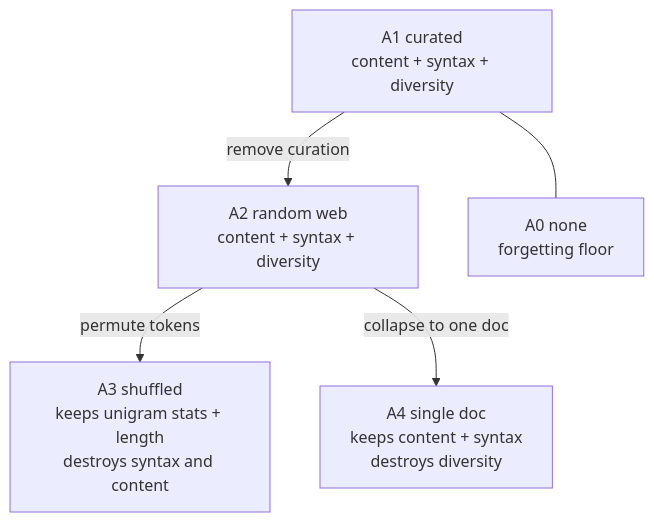
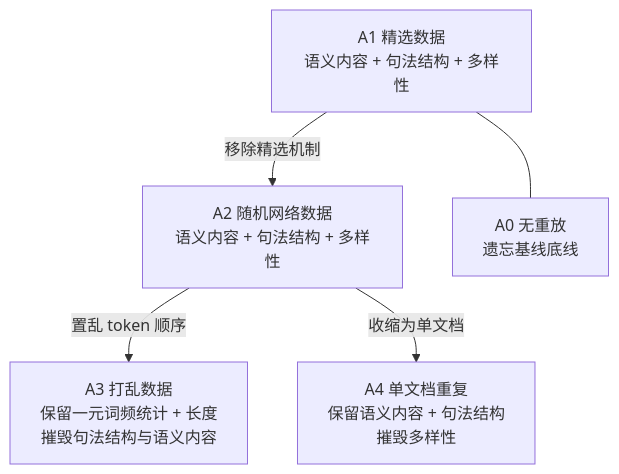
The second of 4 diagrams in Windows7/Idea_03/diagrams/architecture.md (songkang688/idea), drawn with Mermaid before and after one commit. The commit also changed other lines of this file and 74 other files, not shown here.

````diff
--- a/Windows7/Idea_03/diagrams/architecture.md
+++ b/Windows7/Idea_03/diagrams/architecture.md
@@ -41,7 +38,7 @@
 ```mermaid
 flowchart TD
-    A1["A1 curated<br/>content + syntax + diversity"] -->|"remove curation"| A2["A2 random web<br/>content + syntax + diversity"]
-    A2 -->|"permute tokens"| A3["A3 shuffled<br/>keeps unigram stats + length<br/>destroys syntax and content"]
-    A2 -->|"collapse to one doc"| A4["A4 single doc<br/>keeps content + syntax<br/>destroys diversity"]
-    A1 --- A0["A0 none<br/>forgetting floor"]
+    A1["A1 精选数据<br/>语义内容 + 句法结构 + 多样性"] -->|"移除精选机制"| A2["A2 随机网络数据<br/>语义内容 + 句法结构 + 多样性"]
+    A2 -->|"置乱 token 顺序"| A3["A3 打乱数据<br/>保留一元词频统计 + 长度<br/>摧毁句法结构与语义内容"]
+    A2 -->|"收缩为单文档"| A4["A4 单文档重复<br/>保留语义内容 + 句法结构<br/>摧毁多样性"]
+    A1 --- A0["A0 无重放<br/>遗忘基线底线"]
 ```
````
